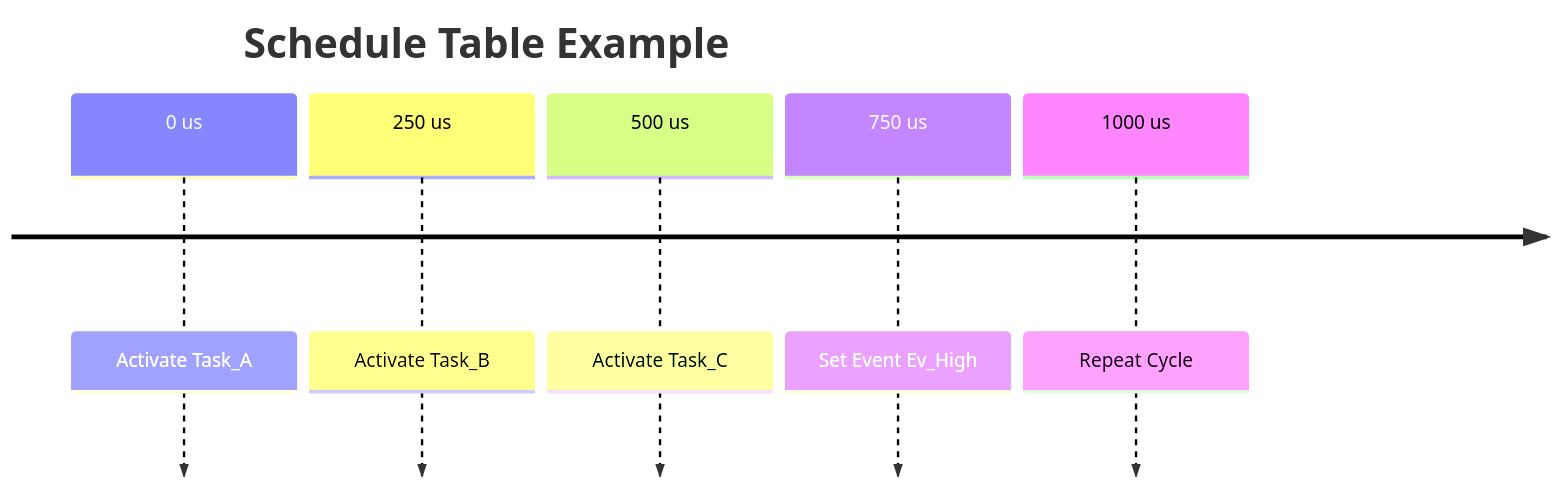
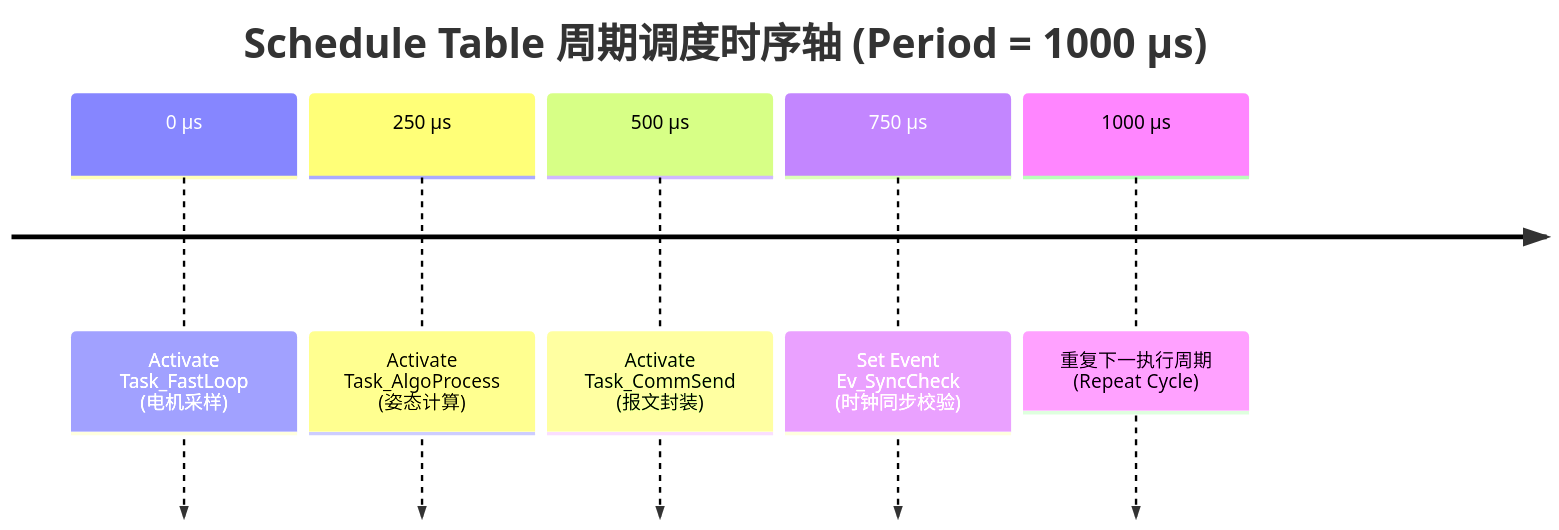
The third of 4 diagrams in content/autosar/autosar-classic.md (leehyon/garden), drawn with Mermaid before and after one commit. The commit also changed other lines of this file, not shown here.

````diff
--- a/content/autosar/autosar-classic.md
+++ b/content/autosar/autosar-classic.md
@@ -284,10 +293,9 @@
 ```mermaid
 timeline
-    title Schedule Table Example
-
-    0 us : Activate Task_A
-    250 us : Activate Task_B
-    500 us : Activate Task_C
-    750 us : Set Event Ev_High
-    1000 us : Repeat Cycle
+    title Schedule Table 周期调度时序轴 (Period = 1000 μs)
+    0 μs   : Activate Task_FastLoop (电机采样)
+    250 μs : Activate Task_AlgoProcess (姿态计算)
+    500 μs : Activate Task_CommSend (报文封装)
+    750 μs : Set Event Ev_SyncCheck (时钟同步校验)
+    1000 μs : 重复下一执行周期 (Repeat Cycle)
 ```
````
